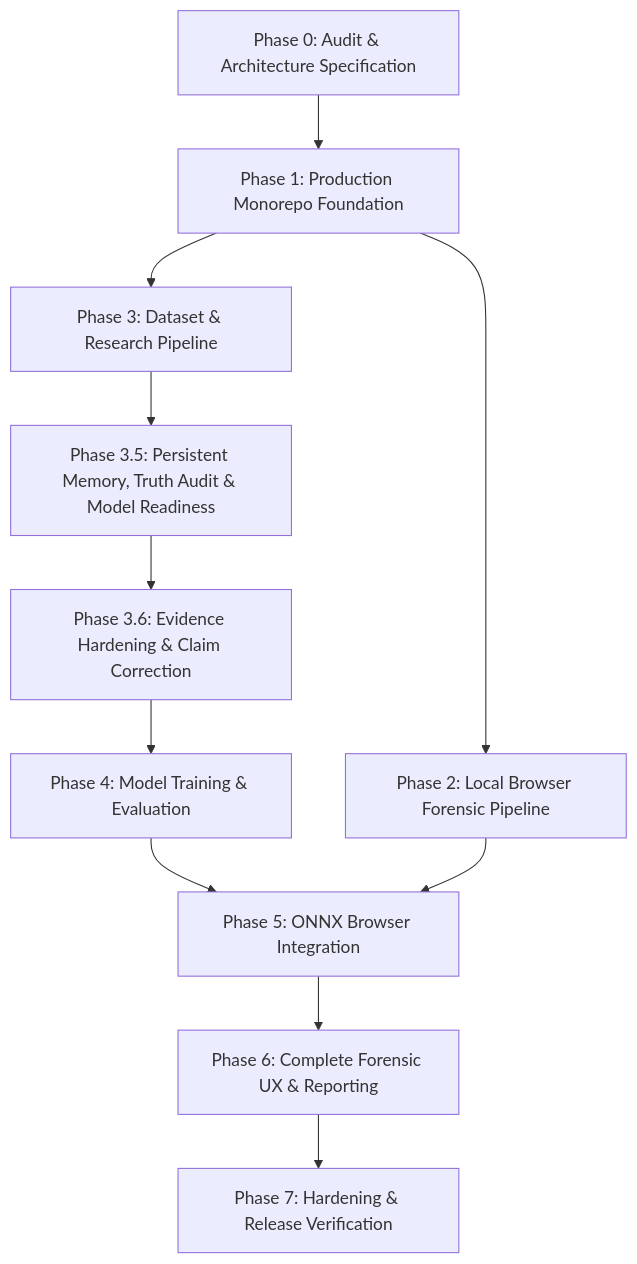
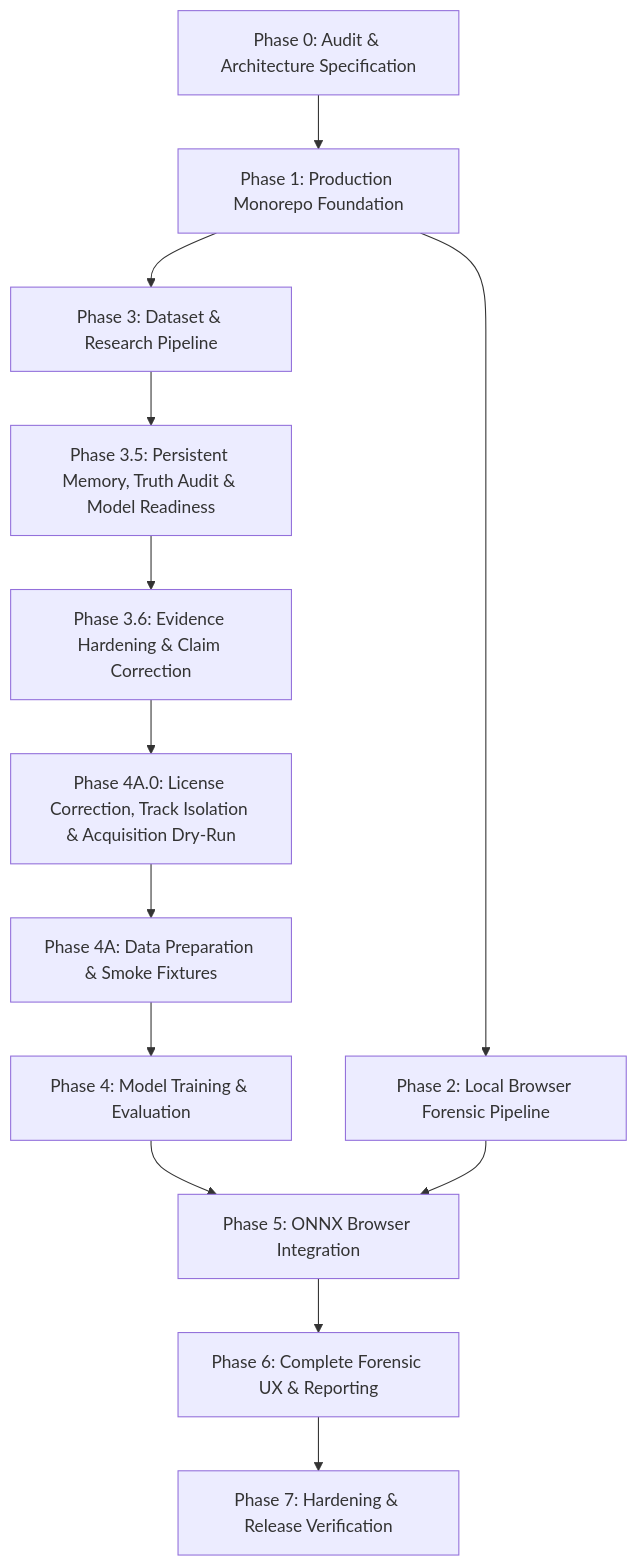
The diagram in docs/BACKLOG.md (nomozer/forensics-web-lab), drawn with Mermaid before and after one commit. The commit also changed other lines of this file and 21 other files, not shown here.

````diff
--- a/docs/BACKLOG.md
+++ b/docs/BACKLOG.md
@@ -5,13 +5,15 @@
 ```mermaid
 graph TD
   P0[Phase 0: Audit & Architecture Specification] --> P1[Phase 1: Production Monorepo Foundation]
   P1 --> P2[Phase 2: Local Browser Forensic Pipeline]
   P1 --> P3[Phase 3: Dataset & Research Pipeline]
   P3 --> P35[Phase 3.5: Persistent Memory, Truth Audit & Model Readiness]
   P35 --> P36[Phase 3.6: Evidence Hardening & Claim Correction]
-  P36 --> P4[Phase 4: Model Training & Evaluation]
+  P36 --> P4A0[Phase 4A.0: License Correction, Track Isolation & Acquisition Dry-Run]
+  P4A0 --> P4A[Phase 4A: Data Preparation & Smoke Fixtures]
+  P4A --> P4[Phase 4: Model Training & Evaluation]
   P4 --> P5[Phase 5: ONNX Browser Integration]
   P2 --> P5
   P5 --> P6[Phase 6: Complete Forensic UX & Reporting]
   P6 --> P7[Phase 7: Hardening & Release Verification]
 ```
````
